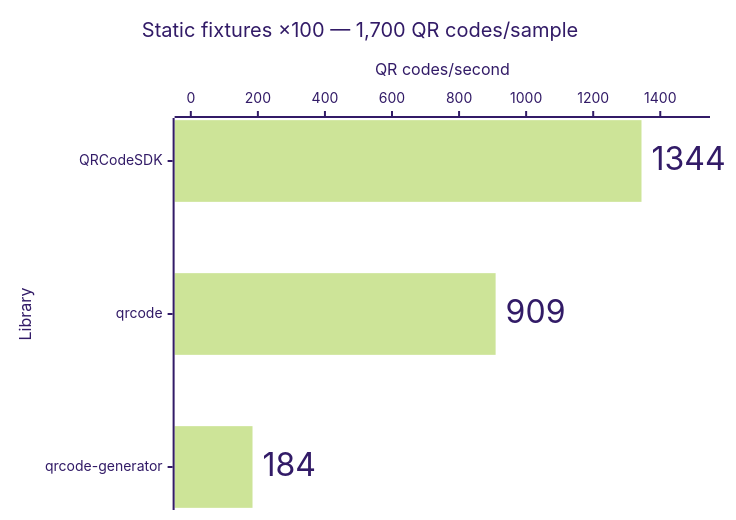
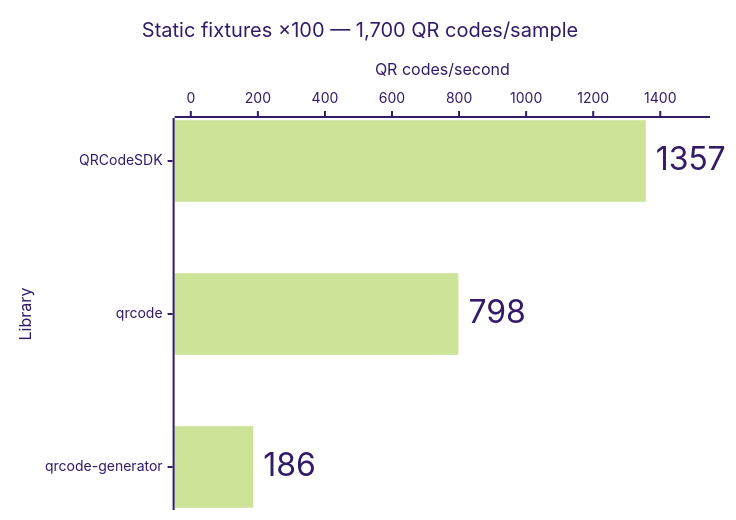
One commit to Dafnik/qrcodesdk changed the seventh of 14 diagrams in apps/docs/src/content/docs/learn/performance.md. Above: the diagram before and after it, drawn with Mermaid (forest theme). The commit also changed other lines of this file and 381 other files, not shown here.

````diff
--- a/apps/docs/src/content/docs/learn/performance.md
+++ b/apps/docs/src/content/docs/learn/performance.md
@@ -147,15 +147,15 @@
 ```mermaid
 ---
 config:
   xyChart:
     showDataLabel: true
     showDataLabelOutsideBar: true
 ---
 xychart horizontal
   accTitle: Automatic matrix generation: Static fixtures ×100 — 1,700 QR codes/sample
-  accDescr: Throughput calculated from median time. QRCodeSDK 1,344 QR codes per second, qrcode 909 QR codes per second, qrcode-generator 184 QR codes per second. Higher is better.
+  accDescr: Throughput calculated from median time. QRCodeSDK 1,357 QR codes per second, qrcode 798 QR codes per second, qrcode-generator 186 QR codes per second. Higher is better.
   title "Static fixtures ×100 — 1,700 QR codes/sample"
   x-axis "Library" ["QRCodeSDK", "qrcode", "qrcode-generator"]
   y-axis "QR codes/second" 0 --> 1500
-  bar [1344, 909, 184]
+  bar [1357, 798, 186]
 ```
````
